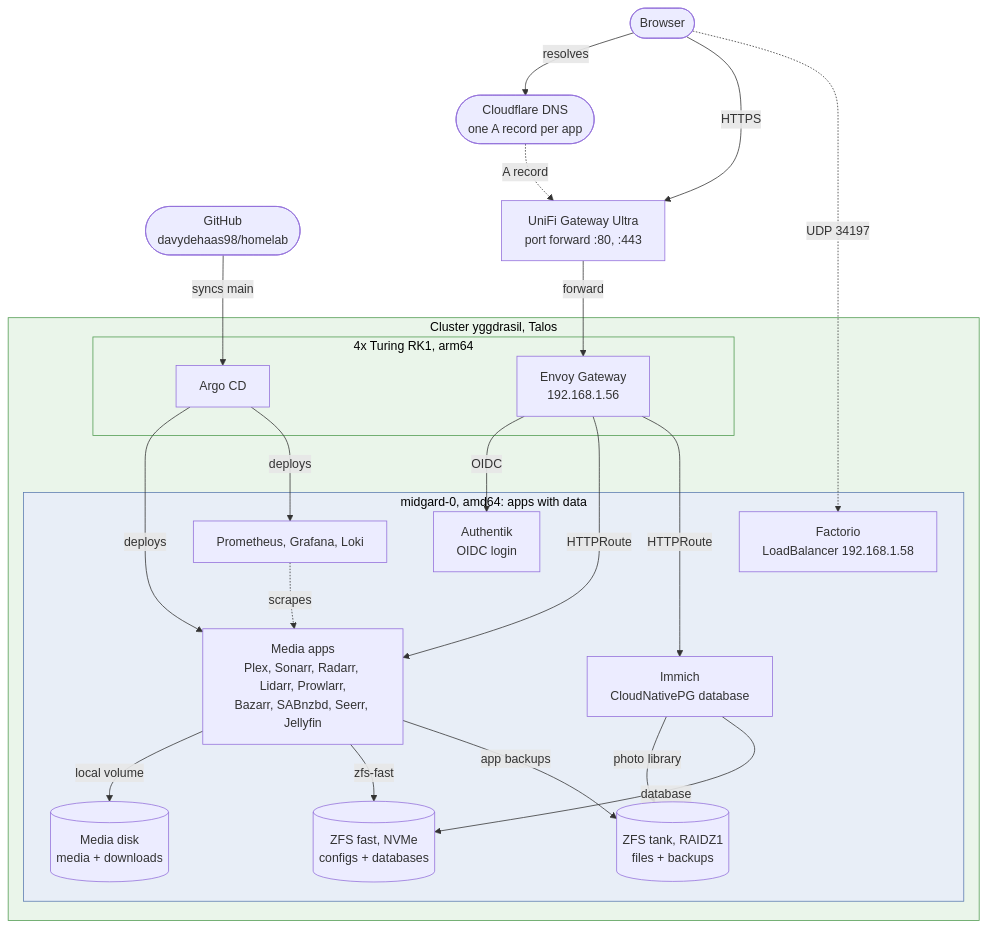
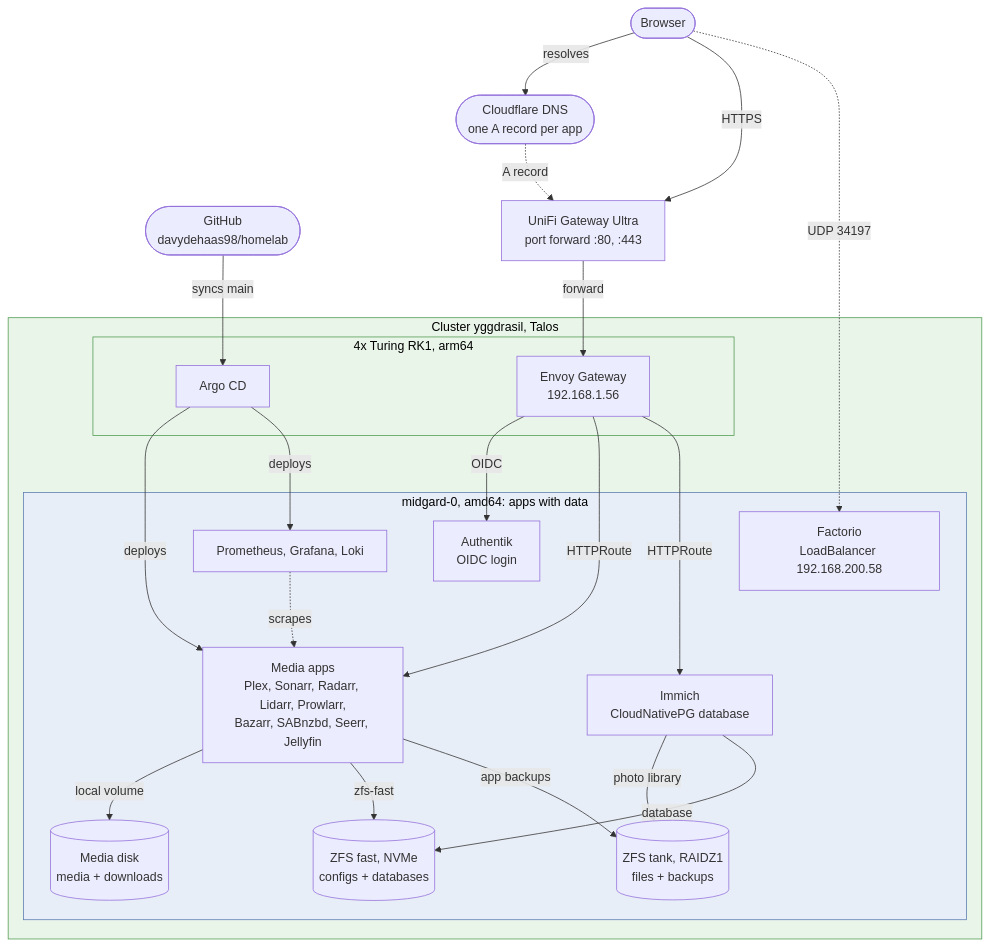
The diagram in docs/diagrams/architecture.mmd (davydehaas98/homelab), drawn with Mermaid before and after one commit. The commit also changed 1 other file, not shown here.

Commit message:
Update factorio

```diff
--- a/docs/diagrams/architecture.mmd
+++ b/docs/diagrams/architecture.mmd
@@ -1,48 +1,48 @@
 flowchart TB
     browser([Browser])
     dns(["Cloudflare DNS<br/>one A record per app"])
     github(["GitHub<br/>davydehaas98/homelab"])
 
     unifi["UniFi Gateway Ultra<br/>port forward :80, :443"]
 
     subgraph k8s["Cluster yggdrasil, Talos"]
         subgraph rk1["4x Turing RK1, arm64"]
             envoy["Envoy Gateway<br/>192.168.1.56"]
             argo["Argo CD"]
         end
         subgraph midgard["midgard-0, amd64: apps with data"]
             authentik["Authentik<br/>OIDC login"]
             apps["Media apps<br/>Plex, Sonarr, Radarr, Lidarr, Prowlarr,<br/>Bazarr, SABnzbd, Seerr, Jellyfin"]
             immich["Immich<br/>CloudNativePG database"]
-            factorio["Factorio<br/>LoadBalancer 192.168.1.58"]
+            factorio["Factorio<br/>LoadBalancer 192.168.200.58"]
             monitoring["Prometheus, Grafana, Loki"]
             fast[("ZFS fast, NVMe<br/>configs + databases")]
             tank[("ZFS tank, RAIDZ1<br/>files + backups")]
             media[("Media disk<br/>media + downloads")]
         end
     end
 
     browser -->|resolves| dns
     dns -.->|A record| unifi
     browser -->|HTTPS| unifi
     unifi -->|forward| envoy
     envoy -->|OIDC| authentik
     envoy -->|HTTPRoute| apps
     envoy -->|HTTPRoute| immich
     browser -.->|UDP 34197| factorio
 
     apps -->|local volume| media
     apps -->|zfs-fast| fast
     apps -->|app backups| tank
     immich -->|photo library| tank
     immich -->|database| fast
 
     github -->|syncs main| argo
     argo -->|deploys| apps
     argo -->|deploys| monitoring
     monitoring -.->|scrapes| apps
 
     classDef server fill:#e8eef7,stroke:#5b7bb0,color:#000
     classDef cluster fill:#eaf5ea,stroke:#4f9a4f,color:#000
     class midgard server
     class k8s,rk1 cluster
```
